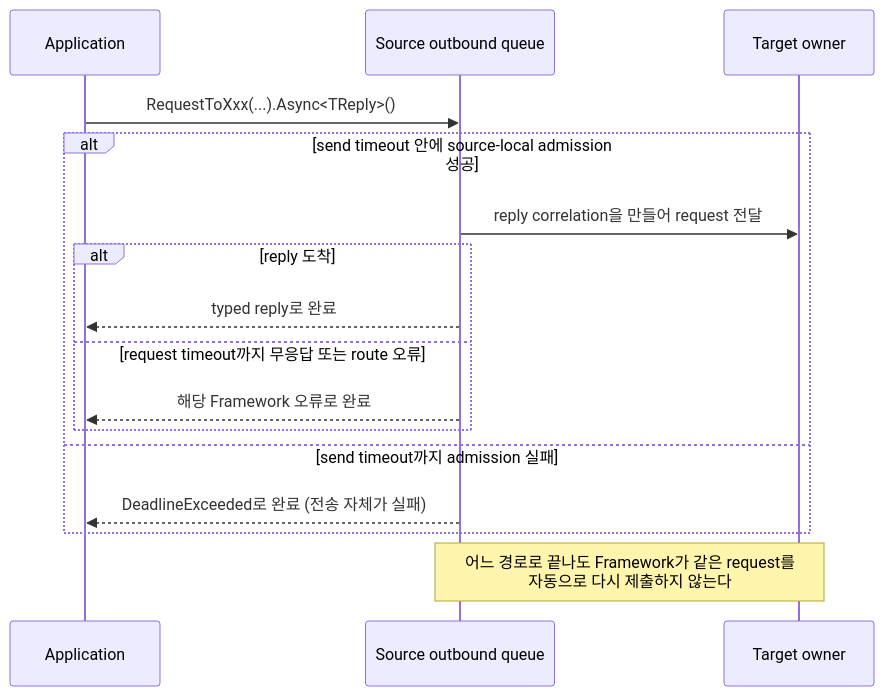
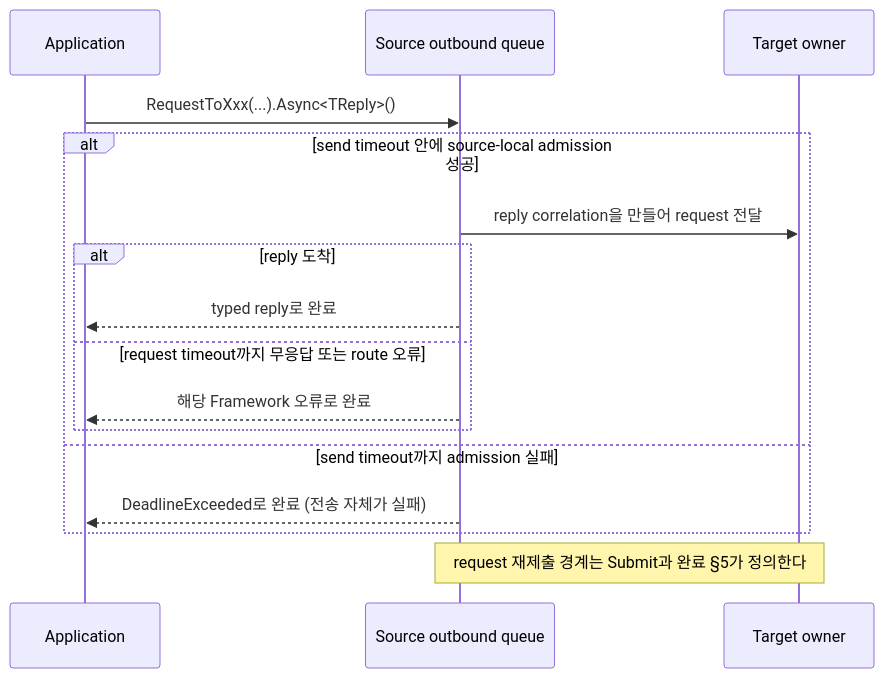
Before and after one commit to zlink-systems/zlink: the third of 4 diagrams in framework/doc/framework/common/spec/server/00-foundation/04-interaction-model.ko.md, drawn with Mermaid. The commit also changed other lines of this file and 51 other files, not shown here.

````diff
--- a/framework/doc/framework/common/spec/server/00-foundation/04-interaction-model.ko.md
+++ b/framework/doc/framework/common/spec/server/00-foundation/04-interaction-model.ko.md
@@ -189,19 +183,19 @@
 ```mermaid
 sequenceDiagram
     participant App as Application
     participant Src as Source outbound queue
     participant Tgt as Target owner
 
     App->>Src: RequestToXxx(...).Async<TReply>()
     alt send timeout 안에 source-local admission 성공
         Src->>Tgt: reply correlation을 만들어 request 전달
         alt reply 도착
             Src-->>App: typed reply로 완료
         else request timeout까지 무응답 또는 route 오류
             Src-->>App: 해당 Framework 오류로 완료
         end
     else send timeout까지 admission 실패
         Src-->>App: DeadlineExceeded로 완료 (전송 자체가 실패)
     end
-    Note over Src,Tgt: 어느 경로로 끝나도 Framework가 같은 request를<br/>자동으로 다시 제출하지 않는다
+    Note over Src,Tgt: request 재제출 경계는 Submit과 완료 §5가 정의한다
 ```
````
